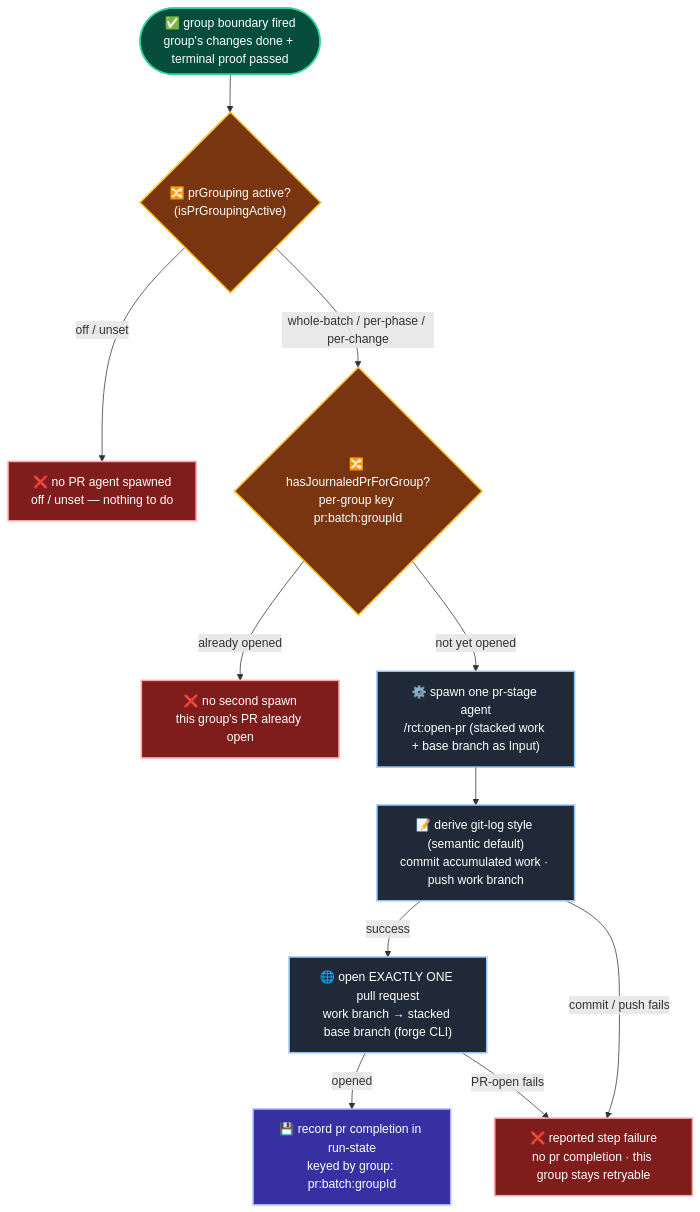
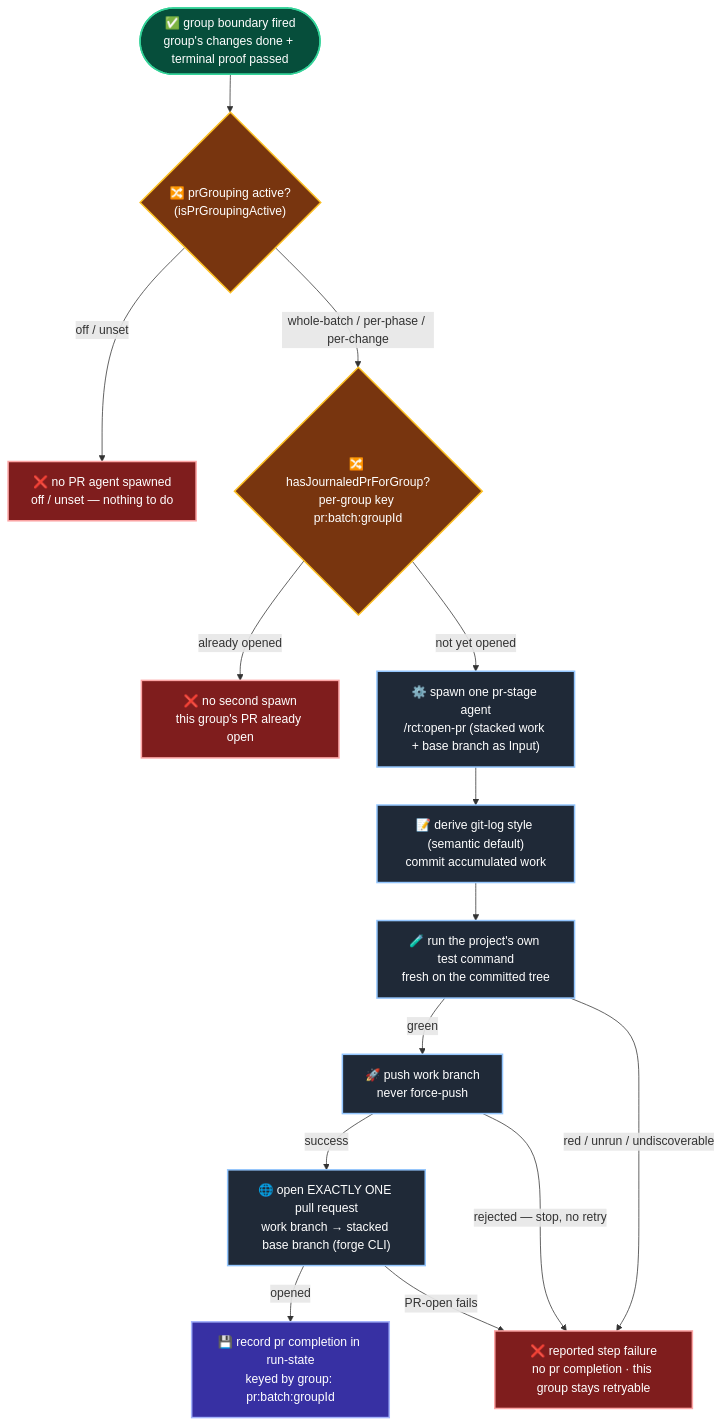
One commit to joctaTorres/ratchet changed the third of 4 diagrams in docs/engine/agent-runtime.md. Above: the diagram before and after it, drawn with Mermaid. The commit also changed other lines of this file and 126 other files, not shown here.

````diff
--- a/docs/engine/agent-runtime.md
+++ b/docs/engine/agent-runtime.md
@@ -522,35 +522,40 @@
 ```mermaid
 flowchart TD
   boundary(["✅ group boundary fired<br/>group's changes done + terminal proof passed"])
   grouping{"🔀 prGrouping active?<br/>(isPrGroupingActive)"}
   opened{"🔀 hasJournaledPrForGroup?<br/>per-group key pr:batch:groupId"}
   nogrouping["❌ no PR agent spawned<br/>off / unset — nothing to do"]
   already["❌ no second spawn<br/>this group's PR already open"]
   spawn["⚙️ spawn one pr-stage agent<br/>/rct:open-pr (stacked work + base branch as Input)"]
-  commit["📝 derive git-log style (semantic default)<br/>commit accumulated work · push work branch"]
+  commit["📝 derive git-log style (semantic default)<br/>commit accumulated work"]
+  test["🧪 run the project's own test command<br/>fresh on the committed tree"]
+  push["🚀 push work branch<br/>never force-push"]
   pr["🌐 open EXACTLY ONE pull request<br/>work branch → stacked base branch (forge CLI)"]
   record["💾 record pr completion in run-state<br/>keyed by group: pr:batch:groupId"]
   fail["❌ reported step failure<br/>no pr completion · this group stays retryable"]
 
   boundary --> grouping
   grouping -- "off / unset" --> nogrouping
   grouping -- "whole-batch / per-phase / per-change" --> opened
   opened -- "already opened" --> already
   opened -- "not yet opened" --> spawn
   spawn --> commit
-  commit -- "success" --> pr
-  commit -- "commit / push fails" --> fail
+  commit --> test
+  test -- "green" --> push
+  test -- "red / unrun / undiscoverable" --> fail
+  push -- "success" --> pr
+  push -- "rejected — stop, no retry" --> fail
   pr -- "opened" --> record
   pr -- "PR-open fails" --> fail
 
   classDef start fill:#064e3b,stroke:#34d399,stroke-width:2px,color:#ffffff;
   classDef gate fill:#78350f,stroke:#fbbf24,stroke-width:2px,color:#ffffff;
   classDef work fill:#1f2937,stroke:#93c5fd,stroke-width:2px,color:#ffffff;
   classDef store fill:#3730a3,stroke:#a5b4fc,stroke-width:2px,color:#ffffff;
   classDef stop fill:#7f1d1d,stroke:#fca5a5,stroke-width:2px,color:#ffffff;
   class boundary start;
   class grouping,opened gate;
-  class spawn,commit,pr work;
+  class spawn,commit,test,push,pr work;
   class record store;
   class nogrouping,already,fail stop;
 ```
````
